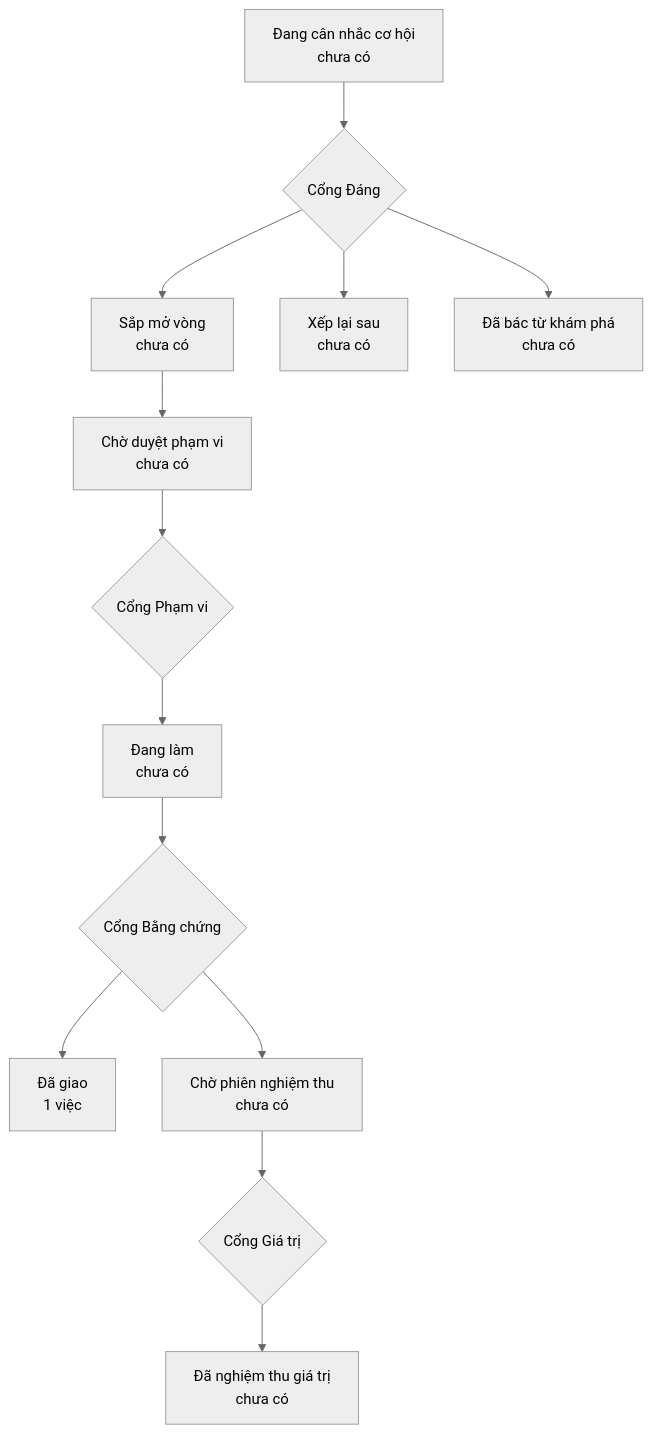
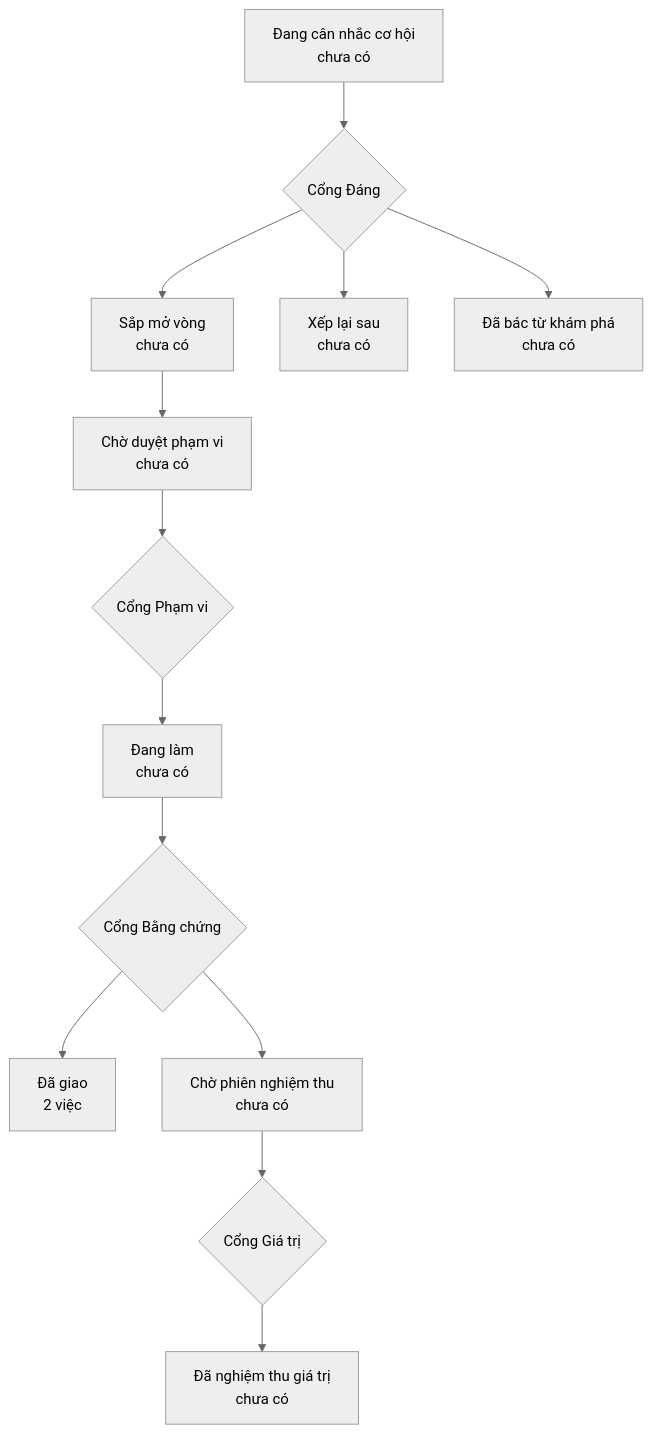
The diagram in PRODUCT-MAP.md (phanlemanh/onehub-invest), drawn with Mermaid (neutral theme) before and after one commit. The commit also changed other lines of this file and 3 other files, not shown here.

````diff
--- a/PRODUCT-MAP.md
+++ b/PRODUCT-MAP.md
@@ -6,12 +6,12 @@
 ```mermaid
 flowchart TD
   A["Đang cân nhắc cơ hội<br/>chưa có"] --> GD{"Cổng Đáng"}
   GD --> B["Sắp mở vòng<br/>chưa có"]
   GD --> XL["Xếp lại sau<br/>chưa có"]
   GD --> DB["Đã bác từ khám phá<br/>chưa có"]
   B --> CD["Chờ duyệt phạm vi<br/>chưa có"] --> GP{"Cổng Phạm vi"}
   GP --> DL["Đang làm<br/>chưa có"] --> GB{"Cổng Bằng chứng"}
-  GB --> DG["Đã giao<br/>1 việc"]
+  GB --> DG["Đã giao<br/>2 việc"]
   GB --> CN["Chờ phiên nghiệm thu<br/>chưa có"] --> GG{"Cổng Giá trị"}
   GG --> NT["Đã nghiệm thu giá trị<br/>chưa có"]
 ```
````
